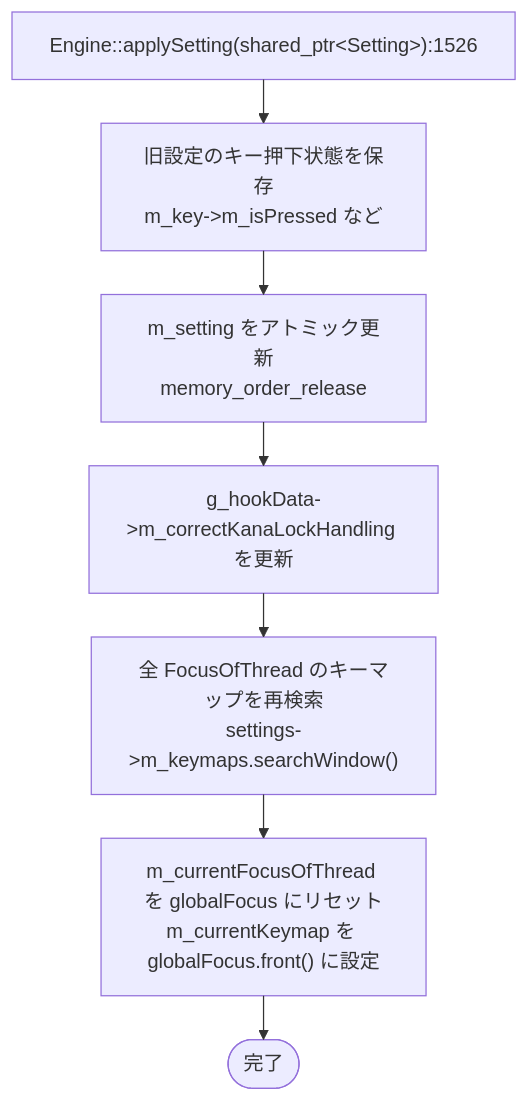
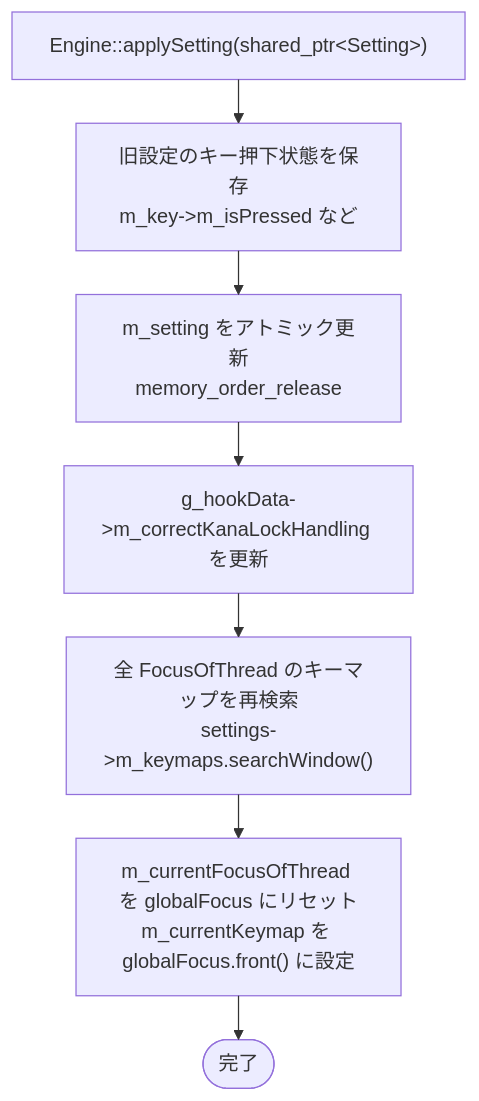
Before and after one commit to vmi/nyamy: the fourth of 7 diagrams in doc/event-flow.md, drawn with Mermaid. The commit also changed other lines of this file and 6 other files, not shown here.

````diff
--- a/doc/event-flow.md
+++ b/doc/event-flow.md
@@ -278,16 +278,16 @@
 ```mermaid
 ---
 config:
   layout: elk
 ---
 flowchart TD
-    A["Engine::applySetting(shared_ptr&lt;Setting&gt;):1526"]
+    A["Engine::applySetting(shared_ptr&lt;Setting&gt;)"]
     B["旧設定のキー押下状態を保存<br>m_key->m_isPressed など"]
     C["m_setting をアトミック更新<br>memory_order_release"]
     D["g_hookData->m_correctKanaLockHandling を更新"]
     E["全 FocusOfThread のキーマップを再検索<br>settings->m_keymaps.searchWindow()"]
     F["m_currentFocusOfThread を globalFocus にリセット<br>m_currentKeymap を globalFocus.front() に設定"]
     G([完了])
 
     A --> B --> C --> D --> E --> F --> G
 ```
````
